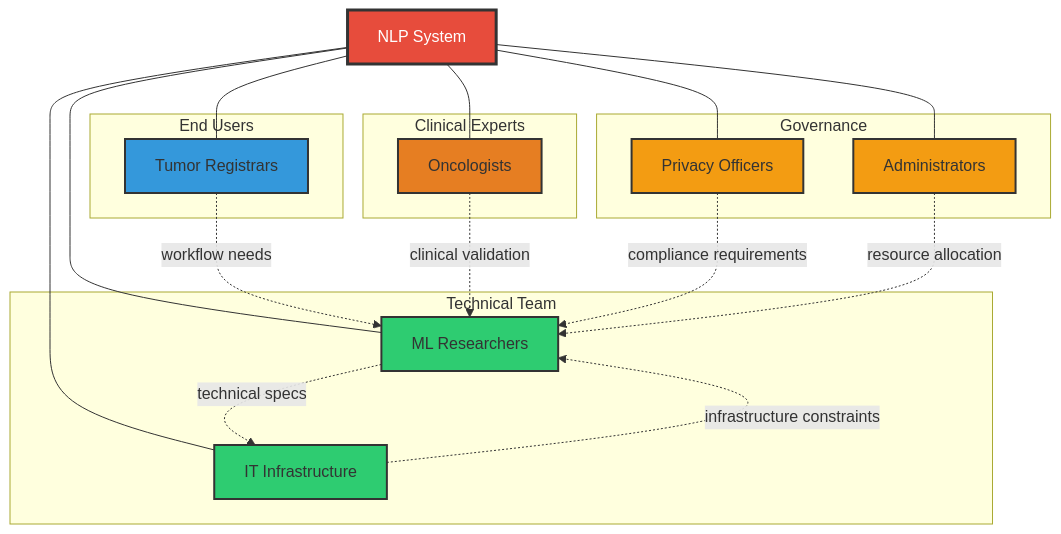
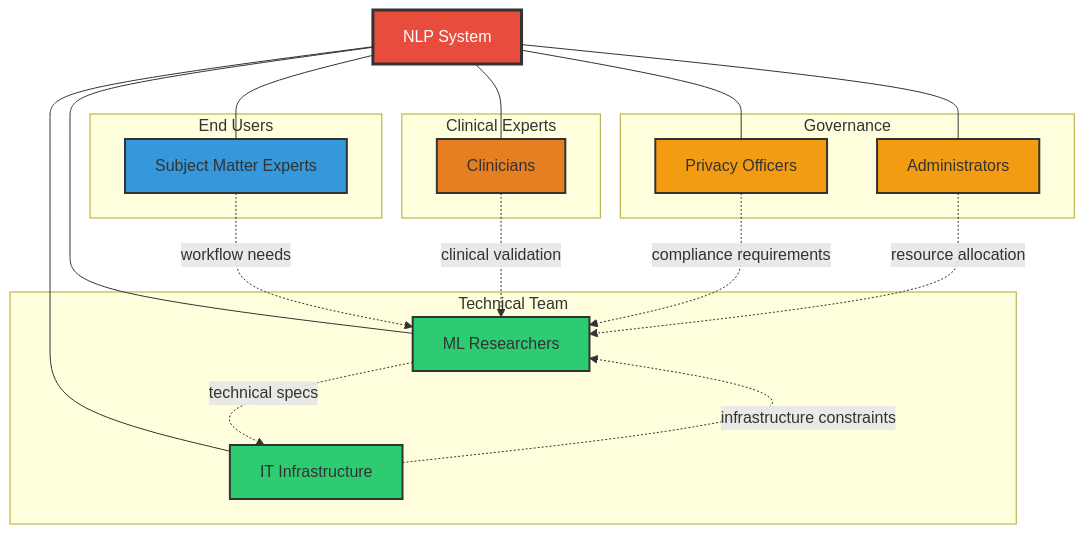
One commit to lgondara/qa_gen changed the third of 3 diagrams in iclr_bp_v2.md. Above: the diagram before and after it, drawn with Mermaid.

Commit message:
Update role labels in ICLR document

````diff
--- a/iclr_bp_v2.md
+++ b/iclr_bp_v2.md
@@ -150,44 +150,44 @@
 ```mermaid
 graph TB
     NLP[NLP System]
     
     subgraph End Users
-        TR[Tumor Registrars]
+        TR[Subject Matter Experts]
     end
     
     subgraph Clinical Experts
-        ONC[Oncologists]
+        ONC[Clinicians]
     end
     
     subgraph Technical Team
         ML[ML Researchers]
         IT[IT Infrastructure]
     end
     
     subgraph Governance
         PRIV[Privacy Officers]
         ADMIN[Administrators]
     end
     
     NLP --- TR
     NLP --- ONC
     NLP --- ML
     NLP --- IT
     NLP --- PRIV
     NLP --- ADMIN
     
     TR -.workflow needs.-> ML
     ONC -.clinical validation.-> ML
     ML -.technical specs.-> IT
     IT -.infrastructure constraints.-> ML
     PRIV -.compliance requirements.-> ML
     ADMIN -.resource allocation.-> ML
     
     style NLP fill:#e74c3c,stroke:#333,stroke-width:3px,color:#fff
     style TR fill:#3498db,stroke:#333,stroke-width:2px
     style ONC fill:#e67e22,stroke:#333,stroke-width:2px
     style ML fill:#2ecc71,stroke:#333,stroke-width:2px
     style IT fill:#2ecc71,stroke:#333,stroke-width:2px
     style PRIV fill:#f39c12,stroke:#333,stroke-width:2px
     style ADMIN fill:#f39c12,stroke:#333,stroke-width:2px
 ```
````
